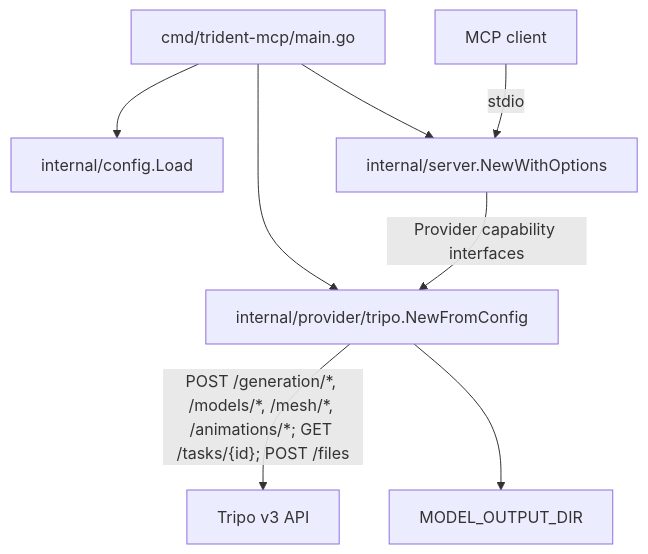
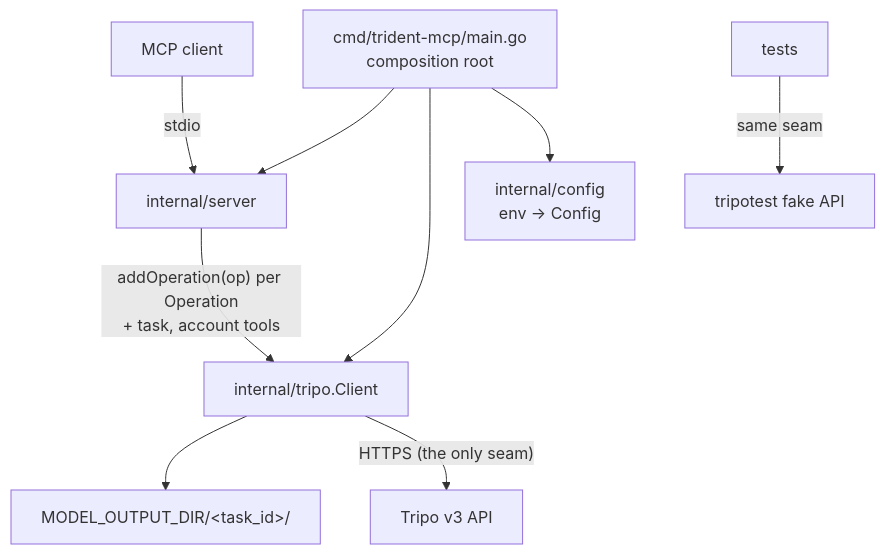
The first of 2 diagrams in ARCHITECTURE.md (mordor-forge/trident-mcp), drawn with Mermaid before and after one commit. The commit also changed other lines of this file and 64 other files, not shown here.

First line of the commit message:
Refactor into a Tripo-only client with full v3 coverage

````diff
--- a/ARCHITECTURE.md
+++ b/ARCHITECTURE.md
@@ -20,11 +15,11 @@
 ```mermaid
 flowchart TD
-    mainEntry["cmd/trident-mcp/main.go"] --> configLoad["internal/config.Load"]
-    mainEntry --> tripoProvider["internal/provider/tripo.NewFromConfig"]
-    mainEntry --> serverLayer["internal/server.NewWithOptions"]
-
-    mcpClient["MCP client"] -->|"stdio"| serverLayer
-    serverLayer -->|"Provider capability interfaces"| tripoProvider
-    tripoProvider -->|"POST /generation/*, /models/*, /mesh/*, /animations/*; GET /tasks/{id}; POST /files"| tripoApi["Tripo v3 API"]
-    tripoProvider --> outputDir["MODEL_OUTPUT_DIR"]
+    main["cmd/trident-mcp/main.go<br/>composition root"] --> config["internal/config<br/>env → Config"]
+    main --> client["internal/tripo.Client"]
+    main --> server["internal/server"]
+    mcpClient["MCP client"] -->|stdio| server
+    server -->|"addOperation(op) per Operation<br/>+ task, account tools"| client
+    client -->|"HTTPS (the only seam)"| tripoAPI["Tripo v3 API"]
+    client --> outputDir["MODEL_OUTPUT_DIR/&lt;task_id&gt;/"]
+    tests["tests"] -->|same seam| fake["tripotest fake API"]
 ```
````
